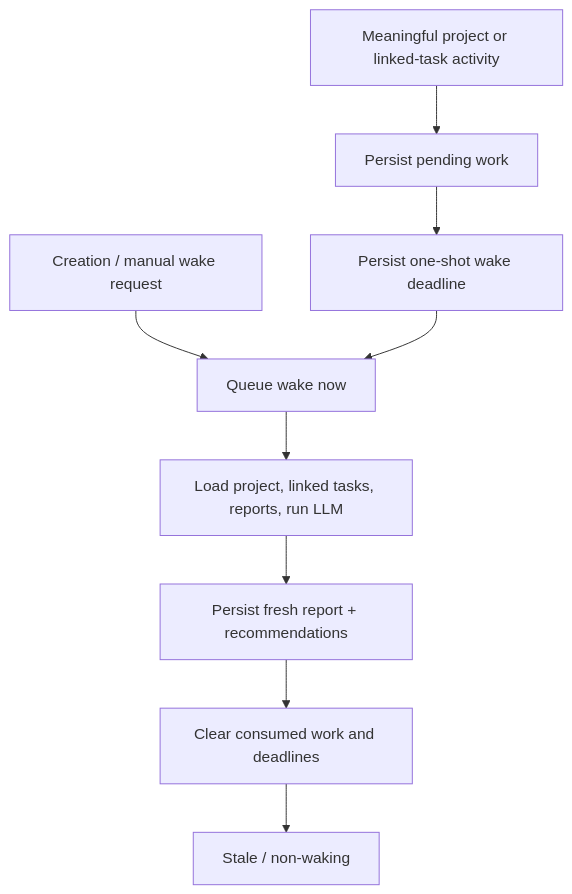
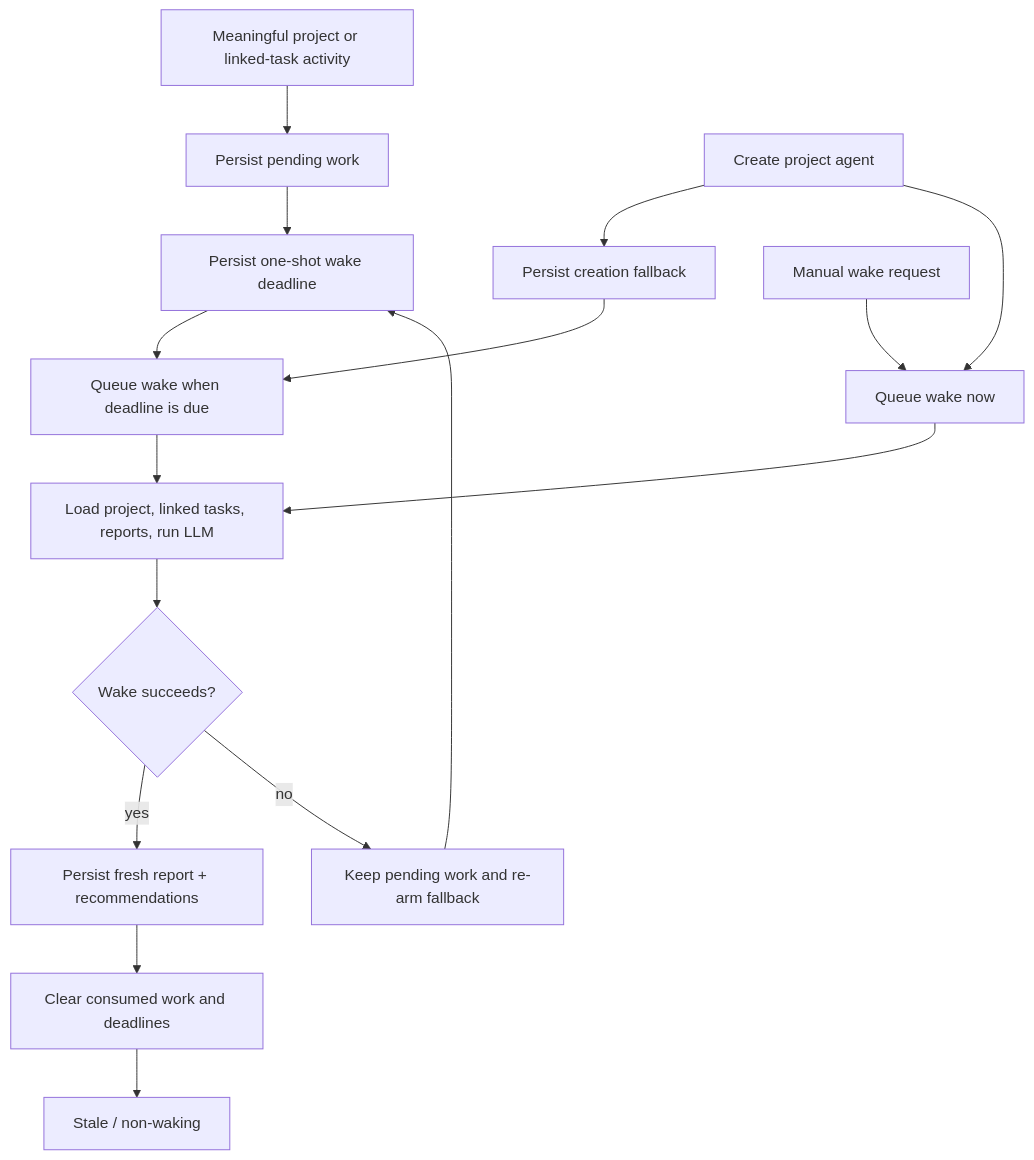
Before and after one commit to matthiasn/lotti: the fifth of 5 diagrams in knowledge/features/projects.md, drawn with Mermaid. The commit also changed other lines of this file and 4 other files, not shown here.

Commit message:
fix: make project wake cancellation final

````diff
--- a/knowledge/features/projects.md
+++ b/knowledge/features/projects.md
@@ -189,11 +189,20 @@
 ```mermaid
 flowchart TD
   Activity["Meaningful project or linked-task activity"] --> Pending["Persist pending work"]
-  Request["Creation / manual wake request"] --> Queue["Queue wake now"]
   Pending --> Deferred["Persist one-shot wake deadline"]
-  Deferred --> Queue
-  Queue --> FullRun["Load project, linked tasks, reports, run LLM"]
-  FullRun --> Persist["Persist fresh report + recommendations"]
+
+  Creation["Create project agent"] --> CreationFallback["Persist creation fallback"]
+  Creation --> Queue["Queue wake now"]
+  Manual["Manual wake request"] --> Queue
+
+  Deferred --> DueQueue["Queue wake when deadline is due"]
+  CreationFallback --> DueQueue
+  DueQueue --> FullRun["Load project, linked tasks, reports, run LLM"]
+  Queue --> FullRun
+  FullRun --> Outcome{"Wake succeeds?"}
+  Outcome -->|yes| Persist["Persist fresh report + recommendations"]
+  Outcome -->|no| Retry["Keep pending work and re-arm fallback"]
+  Retry --> Deferred
   Persist --> Clear["Clear consumed work and deadlines"]
   Clear --> Stale["Stale / non-waking"]
 ```
````
